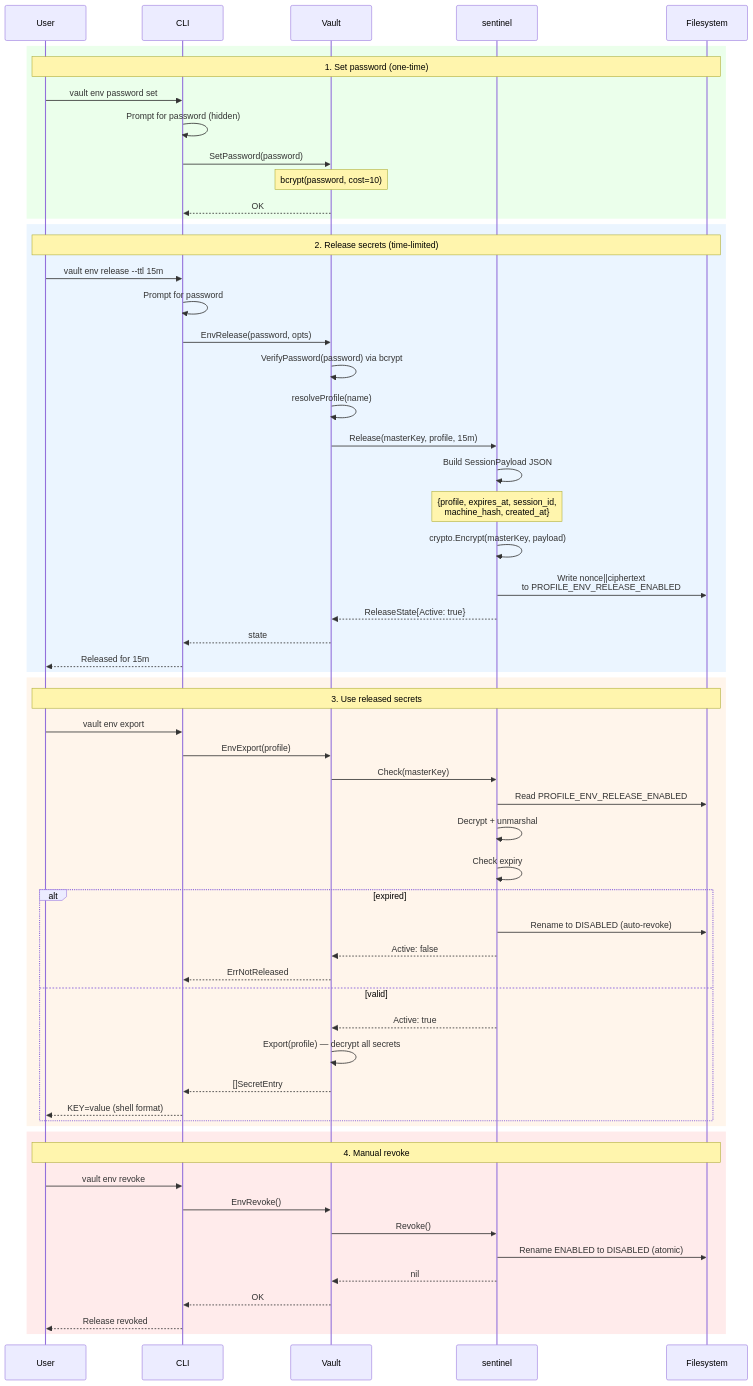
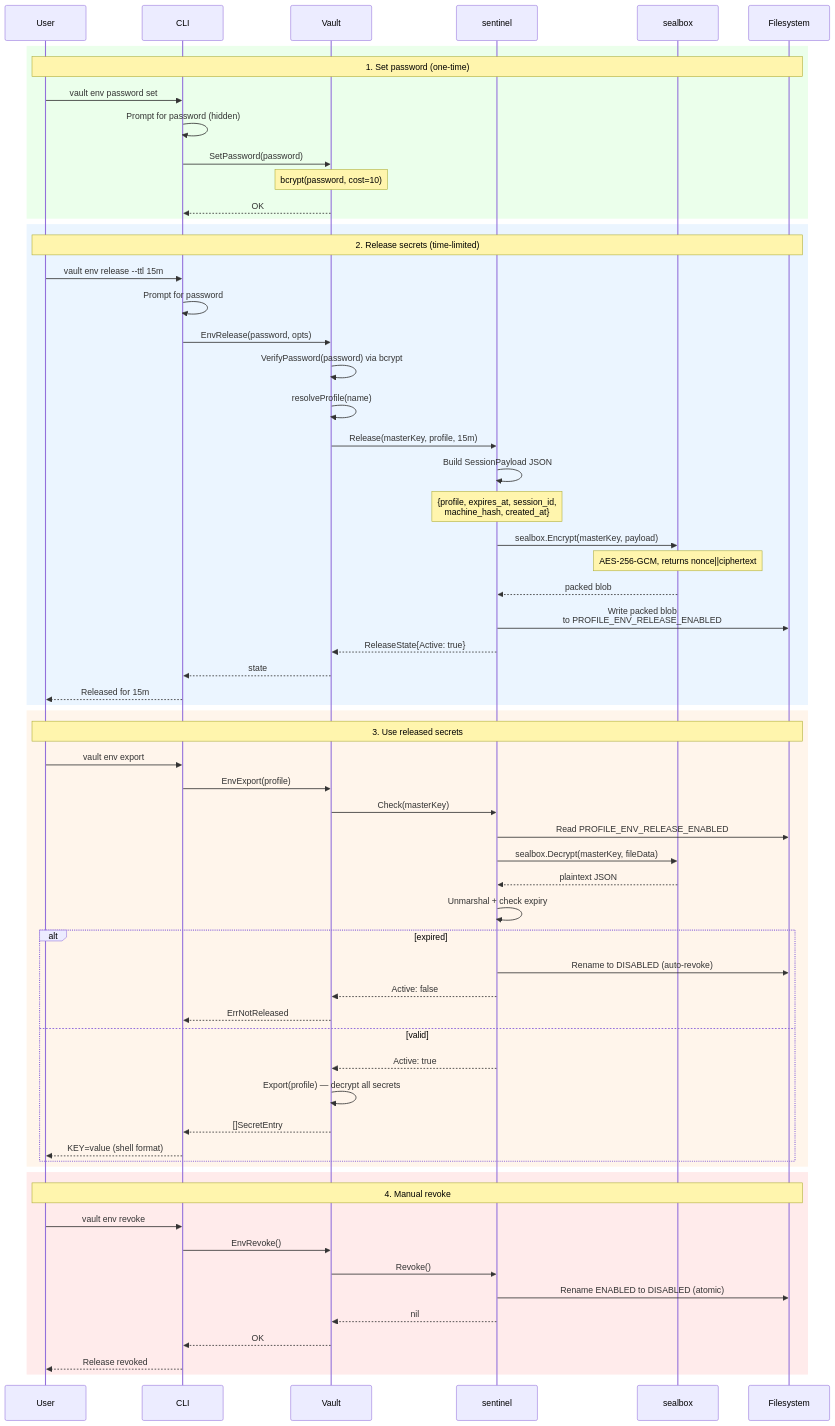
The tenth of 14 diagrams in docs/ARCHITECTURE.md (inovacc/anvil), drawn with Mermaid before and after one commit. The commit also changed other lines of this file, not shown here.

First line of the commit message:
docs: update ARCHITECTURE.md with TPM sealing diagrams

````diff
--- a/docs/ARCHITECTURE.md
+++ b/docs/ARCHITECTURE.md
@@ -295,68 +378,72 @@
 ```mermaid
 sequenceDiagram
     participant User
     participant CLI
     participant V as Vault
     participant Sen as sentinel
+    participant SB as sealbox
     participant FS as Filesystem
 
     rect rgb(235, 255, 235)
         Note over User,FS: 1. Set password (one-time)
         User->>CLI: vault env password set
         CLI->>CLI: Prompt for password (hidden)
         CLI->>V: SetPassword(password)
         Note over V: bcrypt(password, cost=10)
         V-->>CLI: OK
     end
 
     rect rgb(235, 245, 255)
         Note over User,FS: 2. Release secrets (time-limited)
         User->>CLI: vault env release --ttl 15m
         CLI->>CLI: Prompt for password
         CLI->>V: EnvRelease(password, opts)
         V->>V: VerifyPassword(password) via bcrypt
         V->>V: resolveProfile(name)
         V->>Sen: Release(masterKey, profile, 15m)
 
         Sen->>Sen: Build SessionPayload JSON
         Note over Sen: {profile, expires_at, session_id,<br/>machine_hash, created_at}
-        Sen->>Sen: crypto.Encrypt(masterKey, payload)
-        Sen->>FS: Write nonce||ciphertext<br/>to PROFILE_ENV_RELEASE_ENABLED
+        Sen->>SB: sealbox.Encrypt(masterKey, payload)
+        Note over SB: AES-256-GCM, returns nonce||ciphertext
+        SB-->>Sen: packed blob
+        Sen->>FS: Write packed blob<br/>to PROFILE_ENV_RELEASE_ENABLED
 
         Sen-->>V: ReleaseState{Active: true}
         V-->>CLI: state
         CLI-->>User: Released for 15m
     end
 
     rect rgb(255, 245, 235)
         Note over User,FS: 3. Use released secrets
         User->>CLI: vault env export
         CLI->>V: EnvExport(profile)
         V->>Sen: Check(masterKey)
         Sen->>FS: Read PROFILE_ENV_RELEASE_ENABLED
-        Sen->>Sen: Decrypt + unmarshal
-        Sen->>Sen: Check expiry
+        Sen->>SB: sealbox.Decrypt(masterKey, fileData)
+        SB-->>Sen: plaintext JSON
+        Sen->>Sen: Unmarshal + check expiry
 
         alt expired
             Sen->>FS: Rename to DISABLED (auto-revoke)
             Sen-->>V: Active: false
             V-->>CLI: ErrNotReleased
         else valid
             Sen-->>V: Active: true
             V->>V: Export(profile) — decrypt all secrets
             V-->>CLI: []SecretEntry
             CLI-->>User: KEY=value (shell format)
         end
     end
 
     rect rgb(255, 235, 235)
         Note over User,FS: 4. Manual revoke
         User->>CLI: vault env revoke
         CLI->>V: EnvRevoke()
         V->>Sen: Revoke()
         Sen->>FS: Rename ENABLED to DISABLED (atomic)
         Sen-->>V: nil
         V-->>CLI: OK
         CLI-->>User: Release revoked
     end
 ```
````
